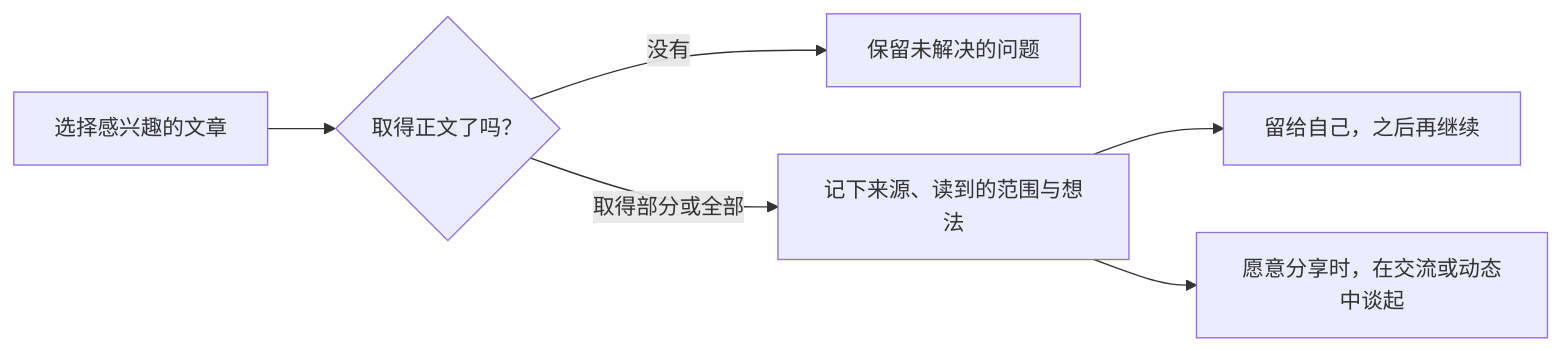
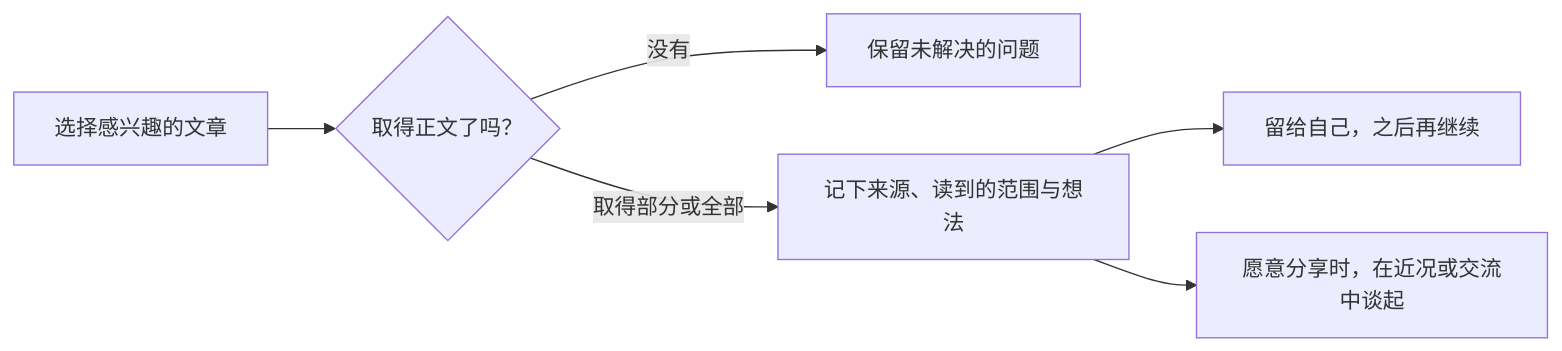
The first of 2 diagrams in README.md (yangjinming1062/SpiritAgent), drawn with Mermaid before and after one commit. The commit also changed other lines of this file and 110 other files, not shown here.

````diff
--- a/README.md
+++ b/README.md
@@ -36,8 +36,8 @@
 ```mermaid
 flowchart LR
     Read[选择感兴趣的文章] --> Result{取得正文了吗？}
     Result -->|没有| Wait[保留未解决的问题]
     Result -->|取得部分或全部| Note[记下来源、读到的范围与想法]
     Note --> Private[留给自己，之后再继续]
-    Note --> Share[愿意分享时，在交流或动态中谈起]
+    Note --> Share[愿意分享时，在近况或交流中谈起]
 ```
````
